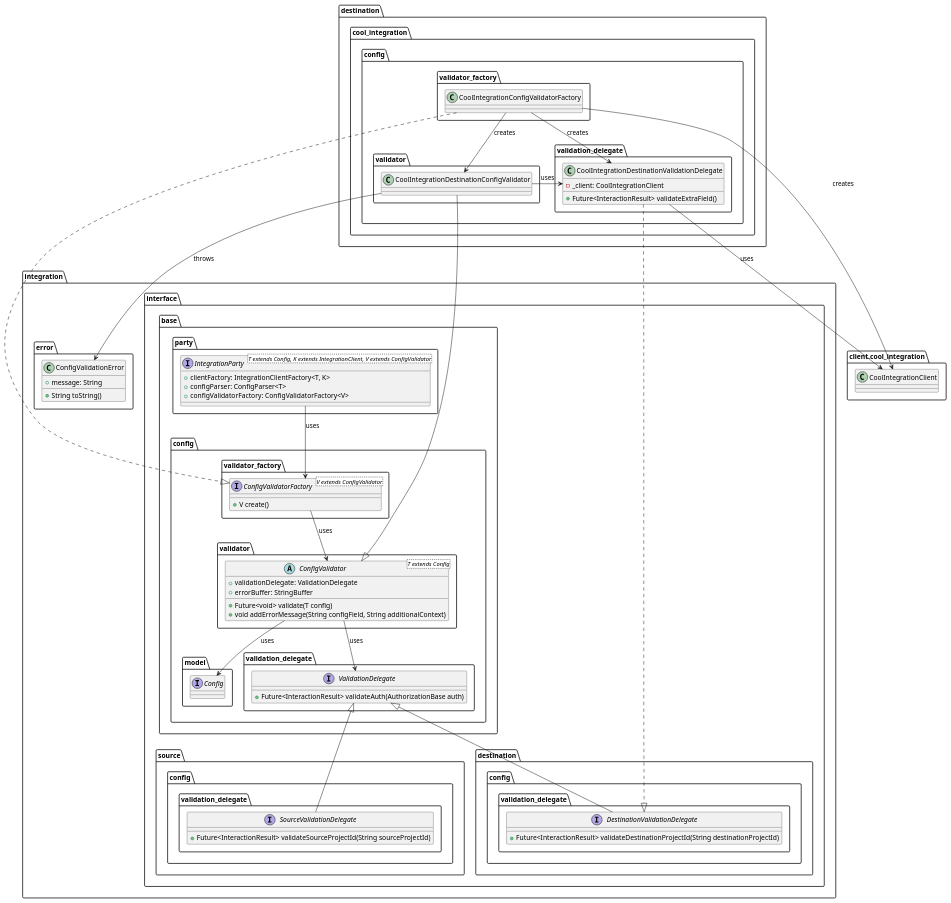
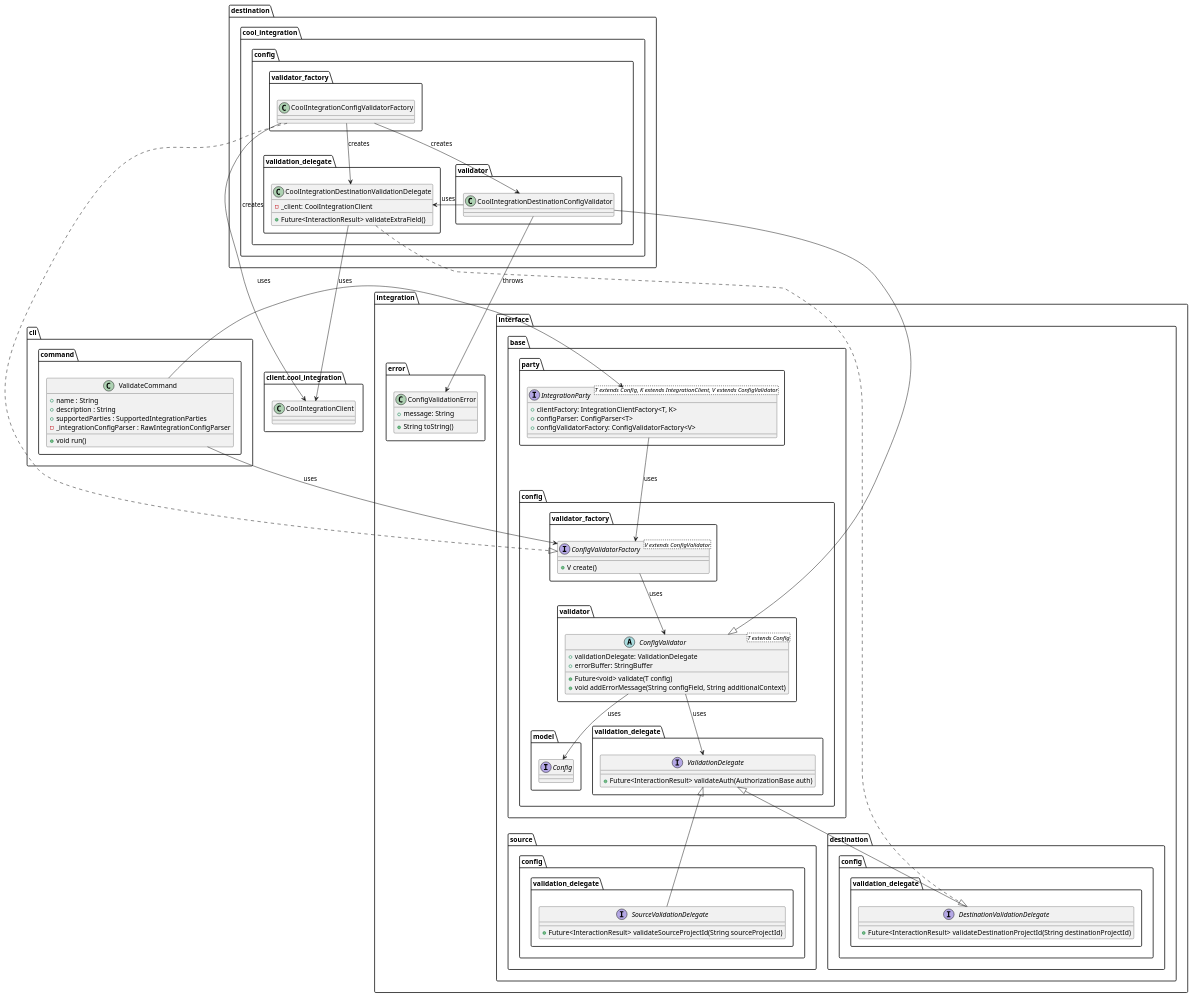
One commit to Flank/flank-dashboard changed the diagram in metrics/ci_integrations/docs/diagrams/ci_integrations_config_validator_class_diagram.puml. Above: the diagram before and after it, drawn with PlantUML. The commit also changed 1 other file, not shown here.

Commit message:
Update class diagram

```diff
--- a/metrics/ci_integrations/docs/diagrams/ci_integrations_config_validator_class_diagram.puml
+++ b/metrics/ci_integrations/docs/diagrams/ci_integrations_config_validator_class_diagram.puml
@@ -1,107 +1,121 @@
 @startuml ci_integrations_config_validator_class_diagram
 
     package integration {
         package interface {
             package base {
                 package party {
                     interface IntegrationParty<T extends Config, K extends IntegrationClient, V extends ConfigValidator> {
                         + clientFactory: IntegrationClientFactory<T, K>
                         + configParser: ConfigParser<T>
                         + configValidatorFactory: ConfigValidatorFactory<V>
                     }
                 }
 
                 package config {
                     package model {
                         interface Config {}
                     }
 
                     package validator {
                         abstract class ConfigValidator<T extends Config> {
                             + validationDelegate: ValidationDelegate
                             + errorBuffer: StringBuffer
                             + Future<void> validate(T config)
                             + void addErrorMessage(String configField, String additionalContext)
                         }
                     }
 
                     package validation_delegate as base_validation_delegate {
                         interface ValidationDelegate {
                             + Future<InteractionResult> validateAuth(AuthorizationBase auth)
                         }
                     }
 
                     package validator_factory {
                         interface ConfigValidatorFactory<V extends ConfigValidator> {
                             + V create()
                         }
                     }
                 }
             }
 
             package source.config.validation_delegate {
                 interface SourceValidationDelegate {
                     + Future<InteractionResult> validateSourceProjectId(String sourceProjectId)
                 }
             }
 
             package destination.config.validation_delegate {
                 interface DestinationValidationDelegate {
                     + Future<InteractionResult> validateDestinationProjectId(String destinationProjectId)
                 }
             }
         }
 
         package error {
             class ConfigValidationError {
                 + message: String
                 + String toString()
             }
         }
     }
 
     package destination.cool_integration {
         package config as cool_integration_config {
             package validator as cool_integration_validator {
                 class CoolIntegrationDestinationConfigValidator {}
             }
 
             package validator_factory as cool_integration_validator_validator_factory {
                 class CoolIntegrationConfigValidatorFactory {}
             }
 
             package validation_delegate {
                 class CoolIntegrationDestinationValidationDelegate {
                     - _client: CoolIntegrationClient
                     + Future<InteractionResult> validateExtraField()
                 }
             }
         }
     }
 
-     package client.cool_integration as client_cool_integration {
+    package client.cool_integration as client_cool_integration {
         class CoolIntegrationClient {}
+    }
+
+    package cli.command {
+        class ValidateCommand {
+            + name : String
+            + description : String
+            + supportedParties : SupportedIntegrationParties 
+            - _integrationConfigParser : RawIntegrationConfigParser
+
+            + void run()
+        }
     }
 
     IntegrationParty --> ConfigValidatorFactory : uses
 
     ConfigValidatorFactory --> ConfigValidator : uses
 
     ConfigValidator --> ValidationDelegate : uses
     ConfigValidator --> Config : uses
 
     SourceValidationDelegate --up|> ValidationDelegate
     DestinationValidationDelegate --up|> ValidationDelegate
 
     CoolIntegrationDestinationValidationDelegate ..|> DestinationValidationDelegate
 
     CoolIntegrationDestinationConfigValidator --|> ConfigValidator
     CoolIntegrationDestinationConfigValidator -left-> CoolIntegrationDestinationValidationDelegate : uses
     CoolIntegrationDestinationValidationDelegate -down-> CoolIntegrationClient : uses
     CoolIntegrationConfigValidatorFactory ..|> ConfigValidatorFactory
     CoolIntegrationConfigValidatorFactory --> CoolIntegrationDestinationConfigValidator : creates
     CoolIntegrationConfigValidatorFactory --> CoolIntegrationClient : creates
     CoolIntegrationConfigValidatorFactory --> CoolIntegrationDestinationValidationDelegate : creates
     CoolIntegrationDestinationConfigValidator --> ConfigValidationError : throws
 
+    ValidateCommand -right-> IntegrationParty : uses
+    ValidateCommand -right-> ConfigValidatorFactory : uses
+
 @enduml
```
